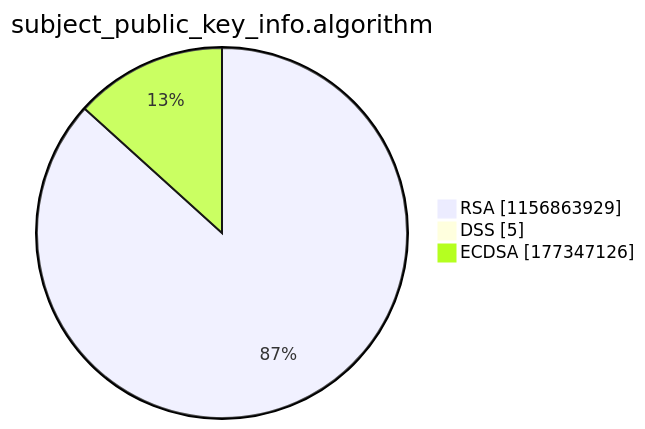
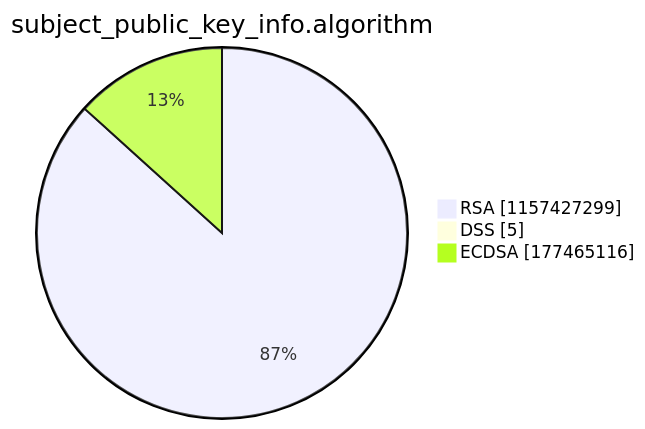
The third of 15 diagrams in argon2022/README.md (christiankrug/ctmonitor_visualization), drawn with Mermaid before and after one commit. The commit also changed other lines of this file, not shown here.

````diff
--- a/argon2022/README.md
+++ b/argon2022/README.md
@@ -14,7 +14,7 @@
 ```mermaid
 pie showData
 title subject_public_key_info.algorithm
-"RSA" :1156863929
+"RSA" :1157427299
 "DSS" :5
-"ECDSA" :177347126
+"ECDSA" :177465116
 ```
````
